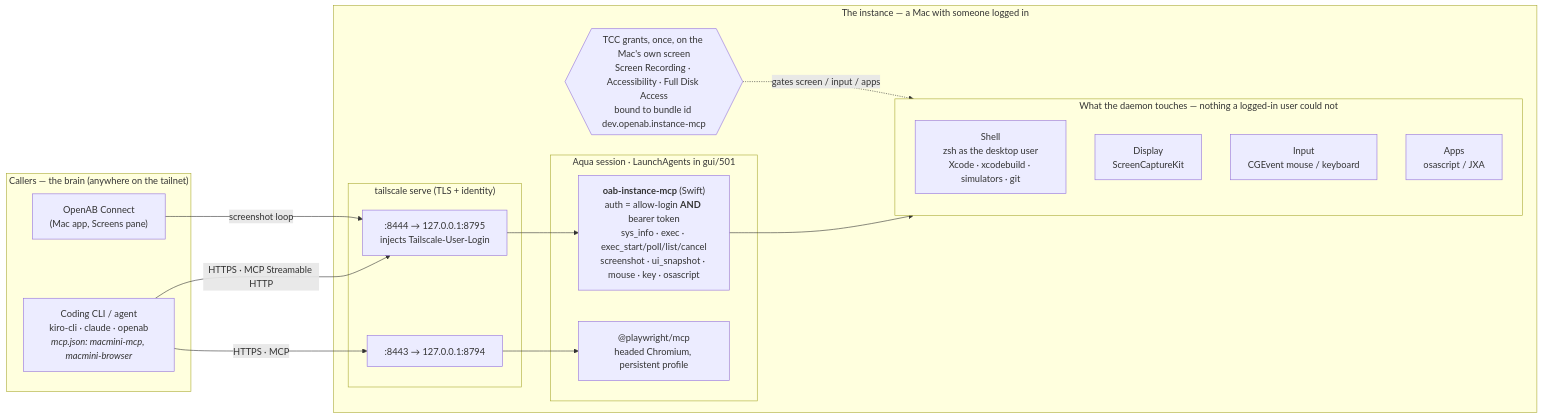
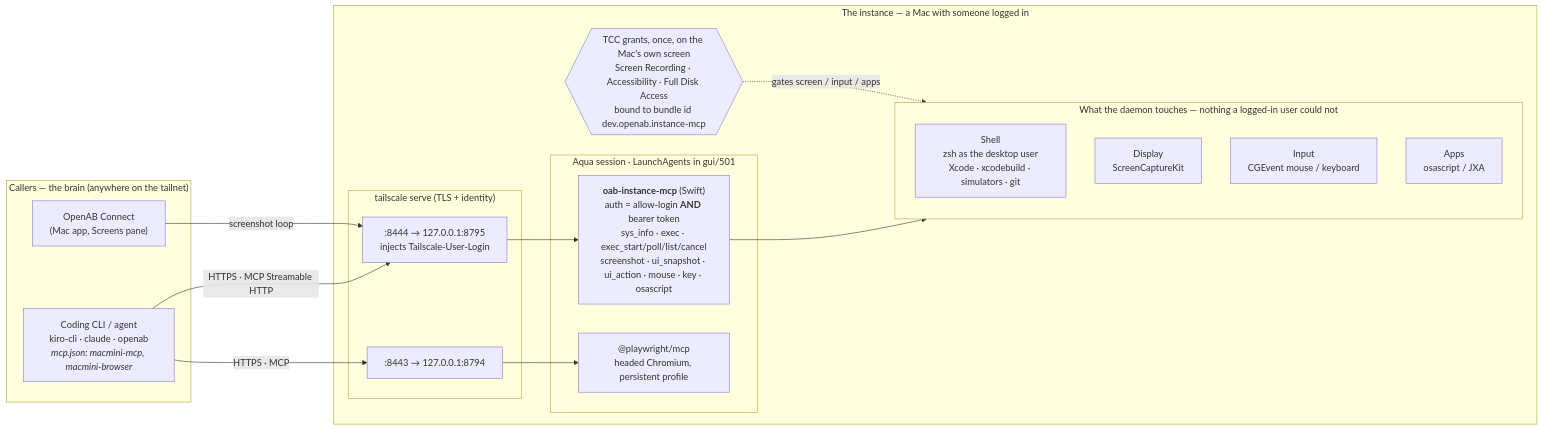
The diagram in README.md (openabdev/openab-computer), drawn with Mermaid before and after one commit. The commit also changed other lines of this file and 22 other files, not shown here.

First line of the commit message:
feat: ui_action, act on a ui_snapshot ref without moving the cursor (#67 phase 2) (#96)

````diff
--- a/README.md
+++ b/README.md
@@ -19,33 +19,33 @@
 ```mermaid
 flowchart LR
     subgraph callers["Callers — the brain (anywhere on the tailnet)"]
         cli["Coding CLI / agent<br/>kiro-cli · claude · openab<br/><i>mcp.json: macmini-mcp, macmini-browser</i>"]
         connect["OpenAB Connect<br/>(Mac app, Screens pane)"]
     end
 
     subgraph mac["The instance — a Mac with someone logged in"]
         subgraph ts["tailscale serve (TLS + identity)"]
             s8444[":8444 → 127.0.0.1:8795<br/>injects Tailscale-User-Login"]
             s8443[":8443 → 127.0.0.1:8794"]
         end
         subgraph gui["Aqua session · LaunchAgents in gui/501"]
-            mcp["<b>oab-instance-mcp</b> (Swift)<br/>auth = allow-login <b>AND</b> bearer token<br/>sys_info · exec · exec_start/poll/list/cancel<br/>screenshot · ui_snapshot · mouse · key · osascript"]
+            mcp["<b>oab-instance-mcp</b> (Swift)<br/>auth = allow-login <b>AND</b> bearer token<br/>sys_info · exec · exec_start/poll/list/cancel<br/>screenshot · ui_snapshot · ui_action · mouse · key · osascript"]
             pw["@playwright/mcp<br/>headed Chromium, persistent profile"]
         end
         subgraph hands["What the daemon touches — nothing a logged-in user could not"]
             shell["Shell<br/>zsh as the desktop user<br/>Xcode · xcodebuild · simulators · git"]
             screen["Display<br/>ScreenCaptureKit"]
             input["Input<br/>CGEvent mouse / keyboard"]
             apps["Apps<br/>osascript / JXA"]
         end
         tcc{{"TCC grants, once, on the Mac's own screen<br/>Screen Recording · Accessibility · Full Disk Access<br/>bound to bundle id dev.openab.instance-mcp"}}
     end
 
     cli -- "HTTPS · MCP Streamable HTTP" --> s8444
     connect -- "screenshot loop" --> s8444
     cli -- "HTTPS · MCP" --> s8443
     s8444 --> mcp
     s8443 --> pw
     mcp --> hands
     tcc -. "gates screen / input / apps" .-> hands
 ```
````
